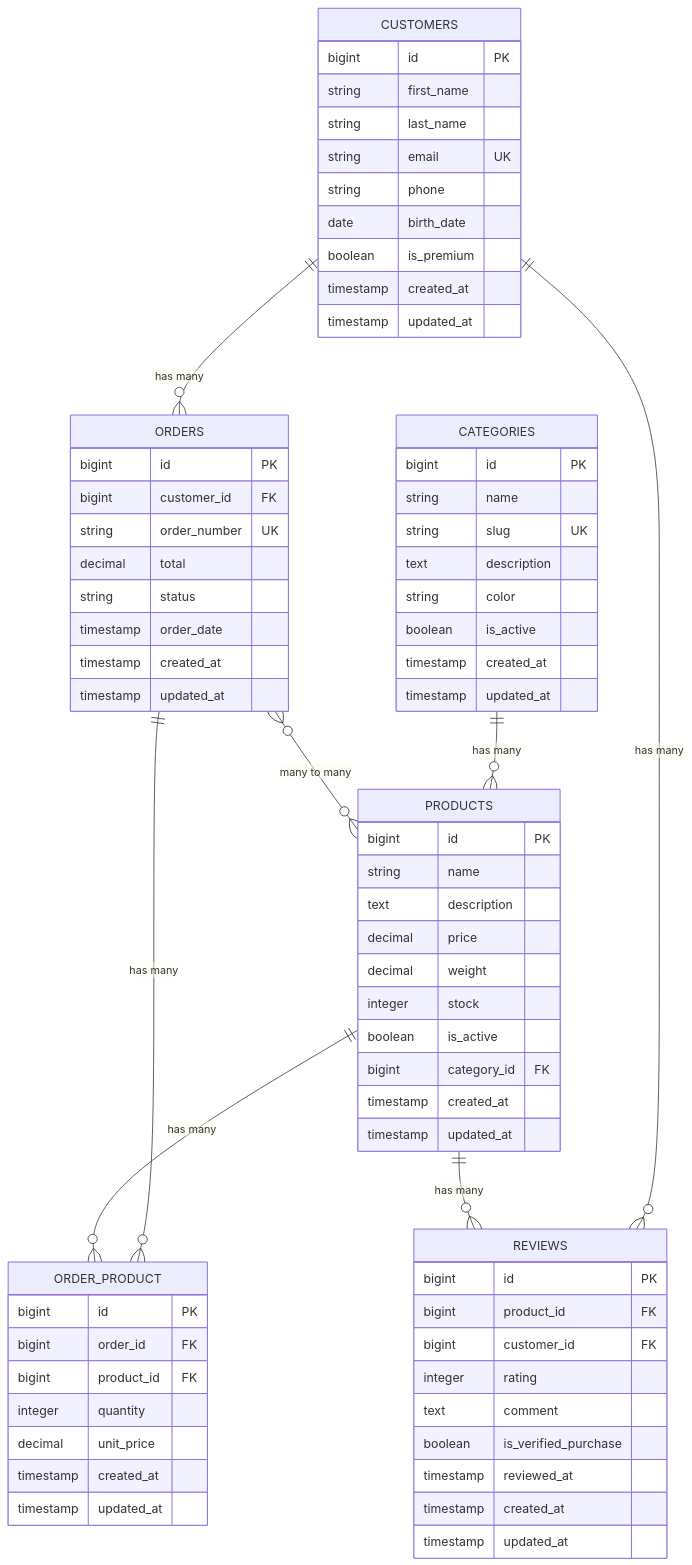
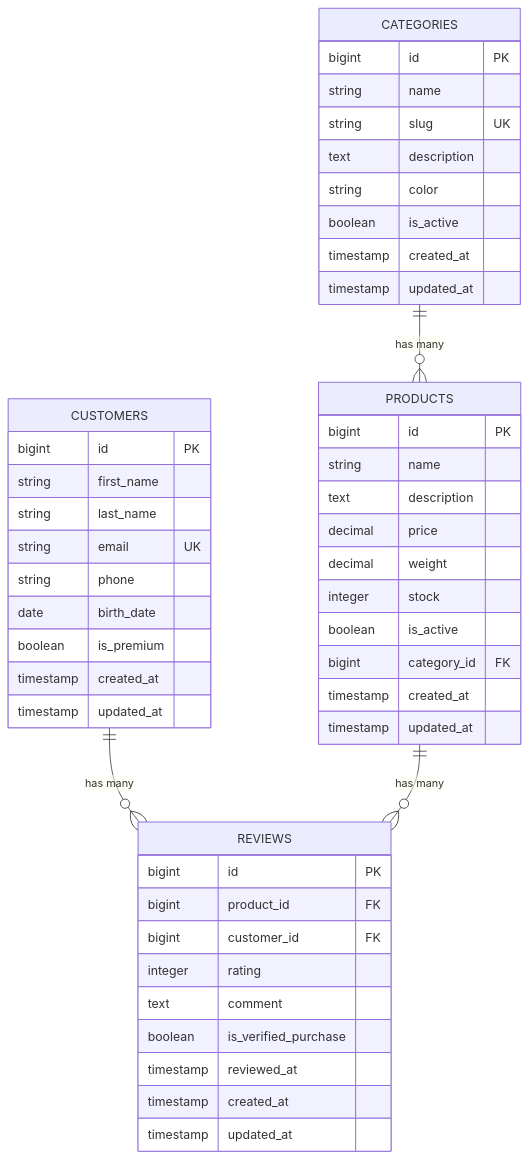
Before and after one commit to srezequieluni1/microservicios-api: the fifth of 5 diagrams in tutoriales/25-08-27-STORAGE.md, drawn with Mermaid. The commit also changed other lines of this file, not shown here.

````diff
--- a/tutoriales/25-08-27-STORAGE.md
+++ b/tutoriales/25-08-27-STORAGE.md
@@ -1000,79 +889,54 @@
 ```mermaid
 erDiagram
     CATEGORIES {
         bigint id PK
         string name
         string slug UK
         text description
         string color
         boolean is_active
         timestamp created_at
         timestamp updated_at
     }
     
     PRODUCTS {
         bigint id PK
         string name
         text description
         decimal price
         decimal weight
         integer stock
         boolean is_active
         bigint category_id FK
         timestamp created_at
         timestamp updated_at
     }
     
     CUSTOMERS {
         bigint id PK
         string first_name
         string last_name
         string email UK
         string phone
         date birth_date
         boolean is_premium
         timestamp created_at
         timestamp updated_at
     }
     
-    ORDERS {
-        bigint id PK
-        bigint customer_id FK
-        string order_number UK
-        decimal total
-        string status
-        timestamp order_date
-        timestamp created_at
-        timestamp updated_at
-    }
-    
-    ORDER_PRODUCT {
-        bigint id PK
-        bigint order_id FK
-        bigint product_id FK
-        integer quantity
-        decimal unit_price
-        timestamp created_at
-        timestamp updated_at
-    }
-    
     REVIEWS {
         bigint id PK
         bigint product_id FK
         bigint customer_id FK
         integer rating
         text comment
         boolean is_verified_purchase
         timestamp reviewed_at
         timestamp created_at
         timestamp updated_at
     }
     
     CATEGORIES ||--o{ PRODUCTS : "has many"
-    CUSTOMERS ||--o{ ORDERS : "has many"
     CUSTOMERS ||--o{ REVIEWS : "has many"
     PRODUCTS ||--o{ REVIEWS : "has many"
-    ORDERS ||--o{ ORDER_PRODUCT : "has many"
-    PRODUCTS ||--o{ ORDER_PRODUCT : "has many"
-    ORDERS }o--o{ PRODUCTS : "many to many"
 ```
````
